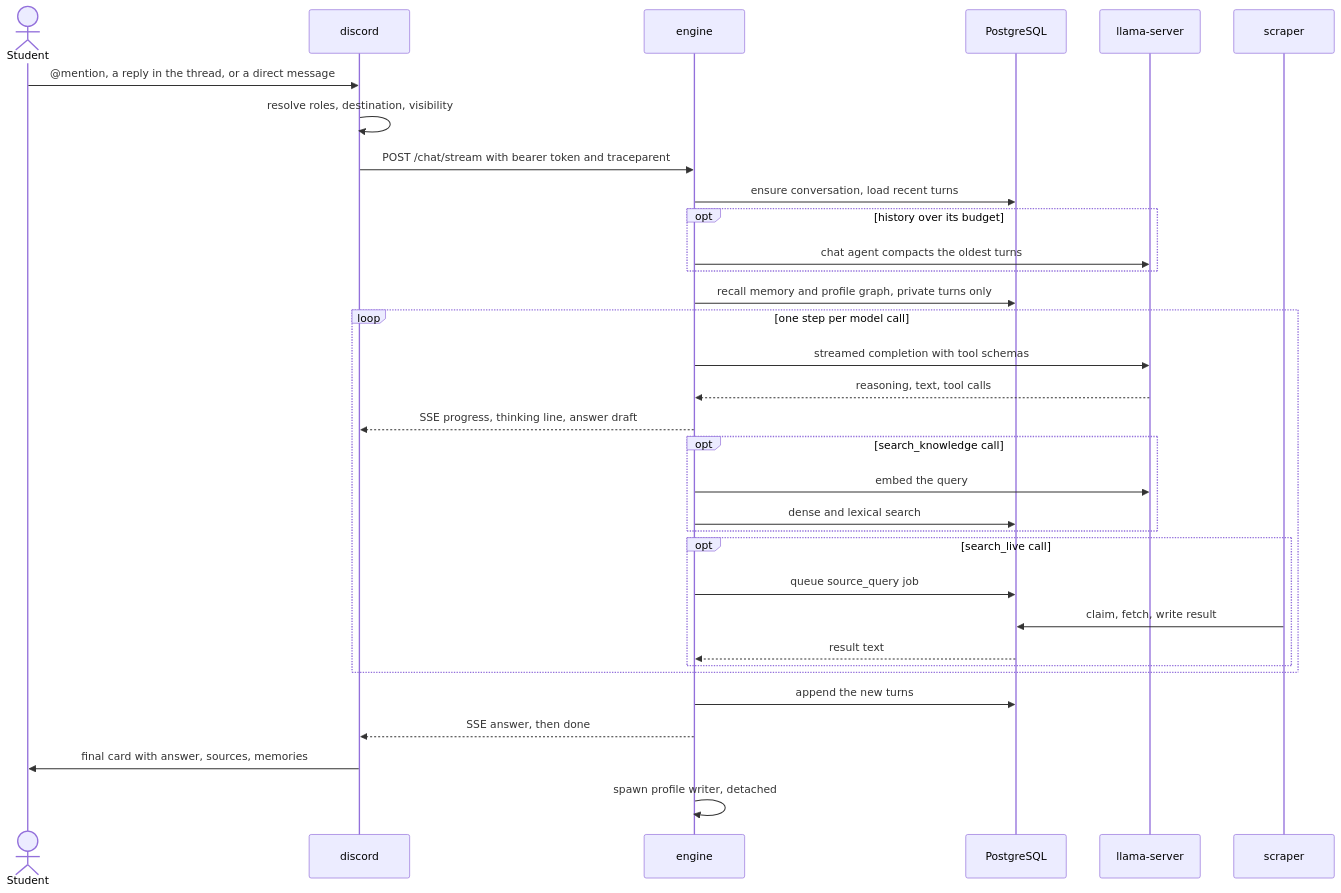
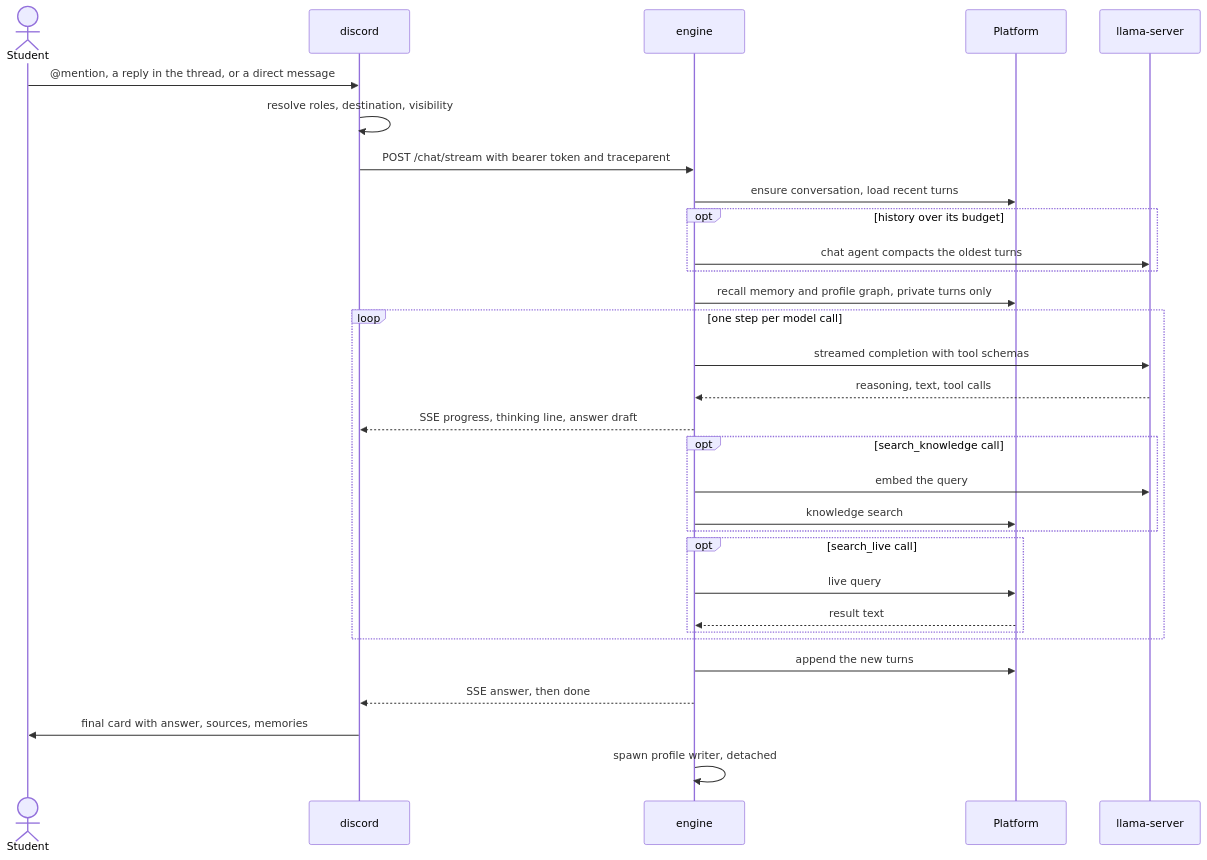
Before and after one commit to ashworks1706/SparkyAI: the third of 8 diagrams in docs/ARCHITECTURE.md, drawn with Mermaid. The commit also changed other lines of this file and 256 other files, not shown here.

````diff
--- a/docs/ARCHITECTURE.md
+++ b/docs/ARCHITECTURE.md
@@ -312,36 +268,34 @@
 ```mermaid
 sequenceDiagram
     actor U as Student
     participant B as discord
     participant E as engine
-    participant PG as PostgreSQL
+    participant P as Platform
     participant M as llama-server
-    participant S as scraper
 
     U->>B: @mention, a reply in the thread, or a direct message
     B->>B: resolve roles, destination, visibility
     B->>E: POST /chat/stream with bearer token and traceparent
-    E->>PG: ensure conversation, load recent turns
+    E->>P: ensure conversation, load recent turns
     opt history over its budget
         E->>M: chat agent compacts the oldest turns
     end
-    E->>PG: recall memory and profile graph, private turns only
+    E->>P: recall memory and profile graph, private turns only
     loop one step per model call
         E->>M: streamed completion with tool schemas
         M-->>E: reasoning, text, tool calls
         E-->>B: SSE progress, thinking line, answer draft
         opt search_knowledge call
             E->>M: embed the query
-            E->>PG: dense and lexical search
+            E->>P: knowledge search
         end
         opt search_live call
-            E->>PG: queue source_query job
-            S->>PG: claim, fetch, write result
-            PG-->>E: result text
+            E->>P: live query
+            P-->>E: result text
         end
     end
-    E->>PG: append the new turns
+    E->>P: append the new turns
     E-->>B: SSE answer, then done
     B->>U: final card with answer, sources, memories
     E->>E: spawn profile writer, detached
 ```
````
